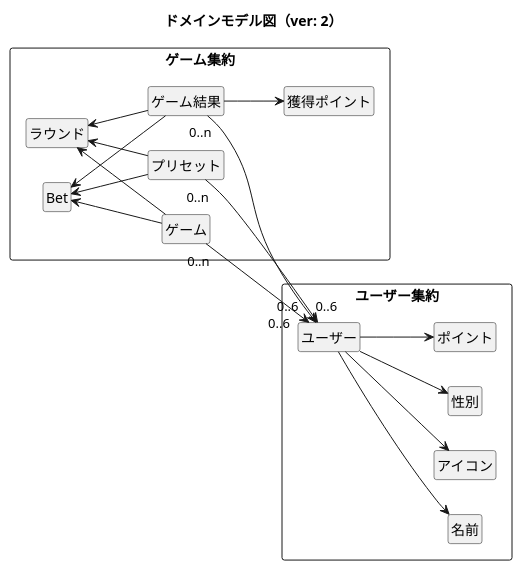
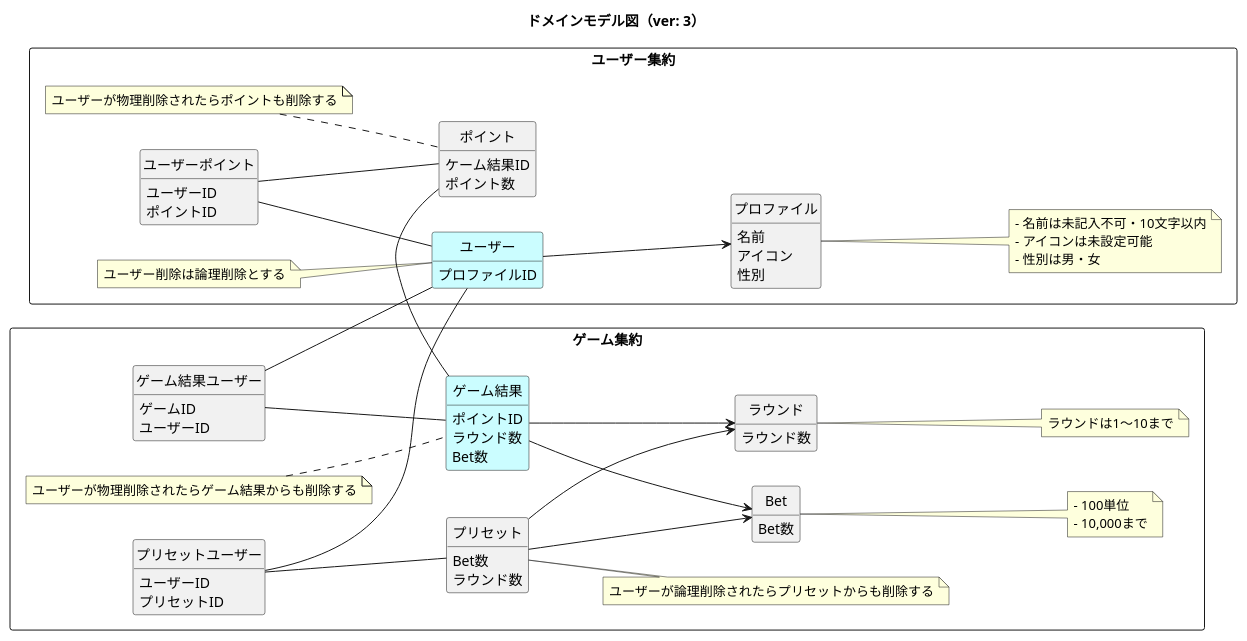
Before and after one commit to yuki-miraito/uml_practice: the diagram in domain_object.pu, drawn with PlantUML. The commit also changed 1 other file, not shown here.

Commit message:
fix: ドメインモデル図 (ver3)

```diff
--- a/domain_object.pu
+++ b/domain_object.pu
@@ -1,31 +1,85 @@
 @startuml ドメインモデル図
 left to right direction
-title ドメインモデル図（ver: 2）
+title ドメインモデル図（ver: 3）
 
 hide circle
 hide methods
-hide members
 
 rectangle ユーザー集約 {
-  ユーザー --> 名前
-  ユーザー --> アイコン
-  ユーザー --> 性別
-  ユーザー --> ポイント
+  class ユーザー #CBFDFF {
+    プロファイルID
+  }
+  note left: ユーザー削除は論理削除とする
+
+  class ポイント {
+    ケーム結果ID
+    ポイント数
+  }
+  note left: ユーザーが物理削除されたらポイントも削除する
+
+  class ユーザーポイント {
+    ユーザーID
+    ポイントID
+  }
+
+  class プロファイル {
+    名前
+    アイコン
+    性別
+  }
+  note right: - 名前は未記入不可・10文字以内\n- アイコンは未設定可能\n- 性別は男・女
 }
 
 rectangle ゲーム集約 {
-  ゲーム "0..n" --> "0..6" ユーザー
-  ゲーム -up-> Bet
-  ゲーム -up-> ラウンド
 
-  ゲーム結果 "0..n" --> "0..6" ユーザー
-  ゲーム結果 -up-> Bet
-  ゲーム結果 -up-> ラウンド
-  ゲーム結果 --> 獲得ポイント
+  class ゲーム結果 #CBFDFF {
+    ポイントID
+    ラウンド数
+    Bet数
+  }
+  note left: ユーザーが物理削除されたらゲーム結果からも削除する
 
-  プリセット "0..n" --> "0..6" ユーザー
-  プリセット -up-> Bet
-  プリセット -up-> ラウンド
+  class ゲーム結果ユーザー {
+    ゲームID
+    ユーザーID
+  }
+
+  class プリセットユーザー {
+    ユーザーID
+    プリセットID
+  }
+
+  class プリセット {
+    Bet数
+    ラウンド数
+  }
+  note right: ユーザーが論理削除されたらプリセットからも削除する
+
+  class ラウンド {
+    ラウンド数
+  }
+  note right: ラウンドは1〜10まで
+
+  class Bet {
+    Bet数
+  }
+  note right: - 100単位\n- 10,000まで
 }
 
+ユーザー --> プロファイル
+
+ゲーム結果ユーザー -- ゲーム結果
+ゲーム結果ユーザー -- ユーザー
+ゲーム結果 --> Bet
+ゲーム結果 --> ラウンド
+
+プリセットユーザー -- プリセット
+プリセットユーザー -- ユーザー
+プリセット --> Bet
+プリセット --> ラウンド
+
+ポイント -- ゲーム結果
+ユーザーポイント -- ポイント
+ユーザーポイント -- ユーザー
+
 @enduml
```
